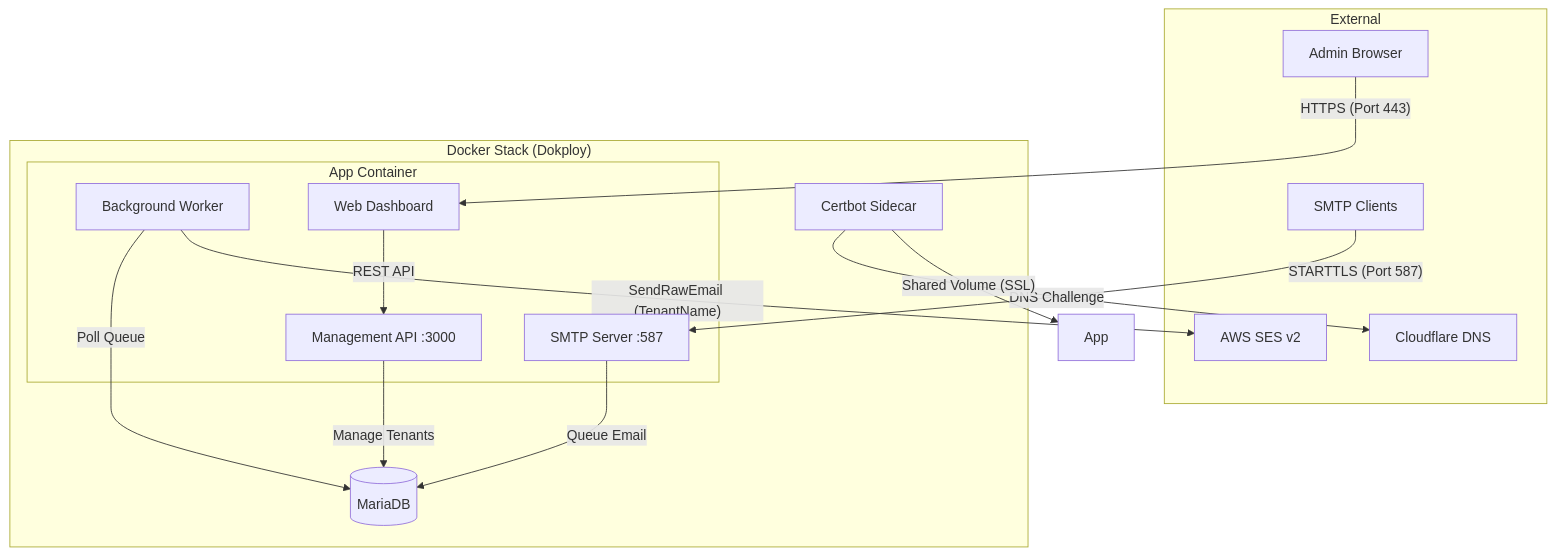
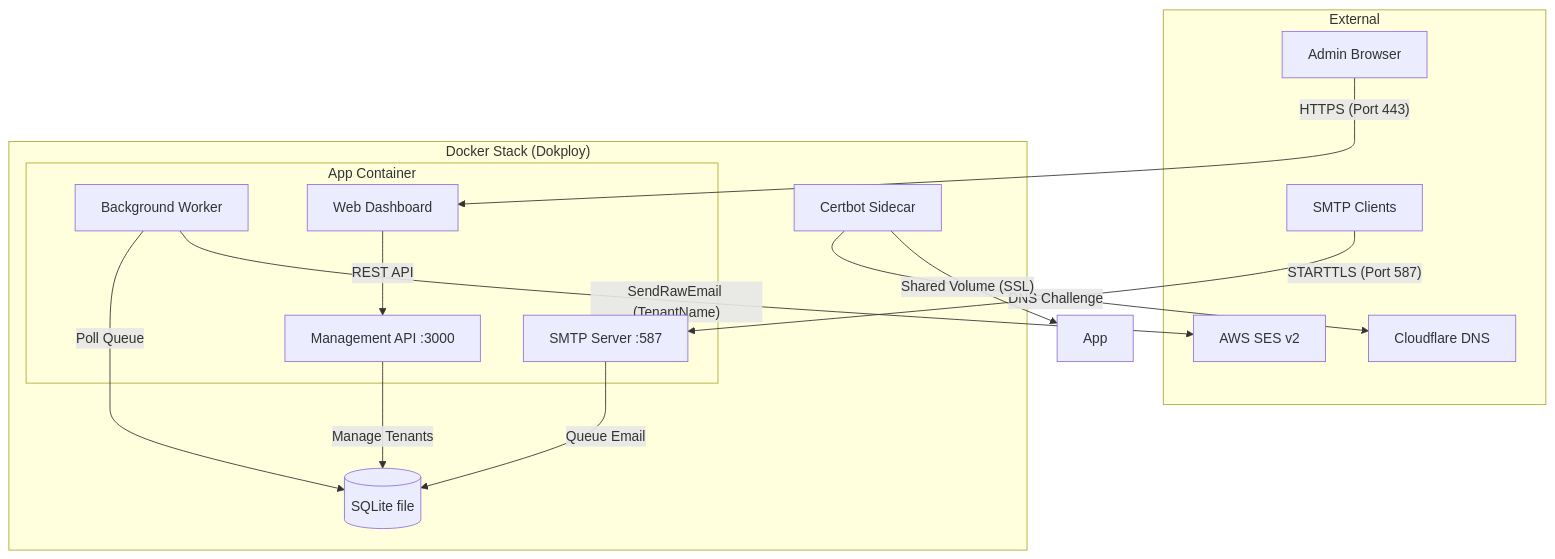
The second of 2 diagrams in README.md (wzul/project-ses-relay), drawn with Mermaid before and after one commit. The commit also changed other lines of this file and 14 other files, not shown here.

First line of the commit message:
perf: replace MariaDB+bcrypt with node:sqlite + scrypt, multi-stage image

````diff
--- a/README.md
+++ b/README.md
@@ -140,34 +141,34 @@
 ```mermaid
 graph TD
     subgraph "External"
         Client[SMTP Clients]
         Admin[Admin Browser]
         CF[Cloudflare DNS]
         AWS[AWS SES v2]
     end
 
     subgraph "Docker Stack (Dokploy)"
         subgraph "App Container"
             SMTP[SMTP Server :587]
             API[Management API :3000]
             Worker[Background Worker]
             UI[Web Dashboard]
         end
 
-        DB[(MariaDB)]
+        DB[(SQLite file)]
         Cert[Certbot Sidecar]
     end
 
     Client -- "STARTTLS (Port 587)" --> SMTP
     Admin -- "HTTPS (Port 443)" --> UI
     UI -- "REST API" --> API
     
     SMTP -- "Queue Email" --> DB
     API -- "Manage Tenants" --> DB
     
     Worker -- "Poll Queue" --> DB
     Worker -- "SendRawEmail (TenantName)" --> AWS
     
     Cert -- "DNS Challenge" --> CF
     Cert -- "Shared Volume (SSL)" --> App
 ```
````
